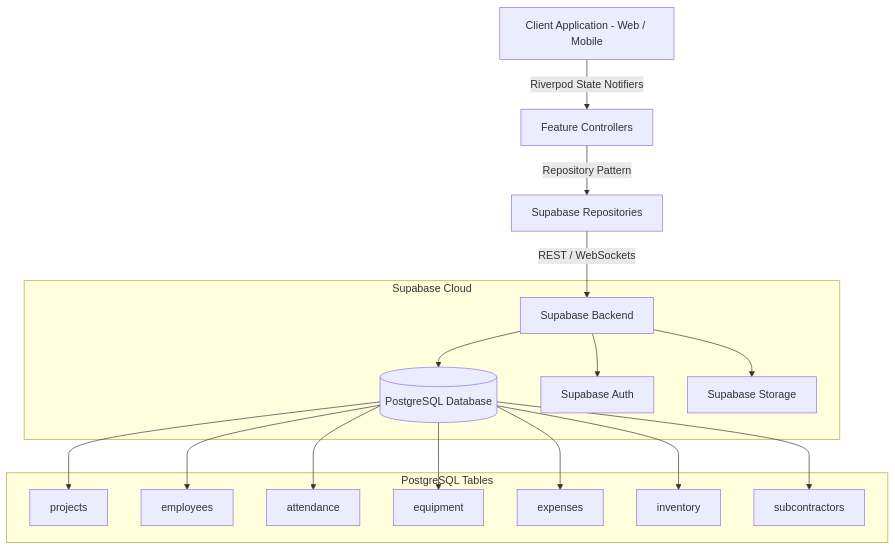
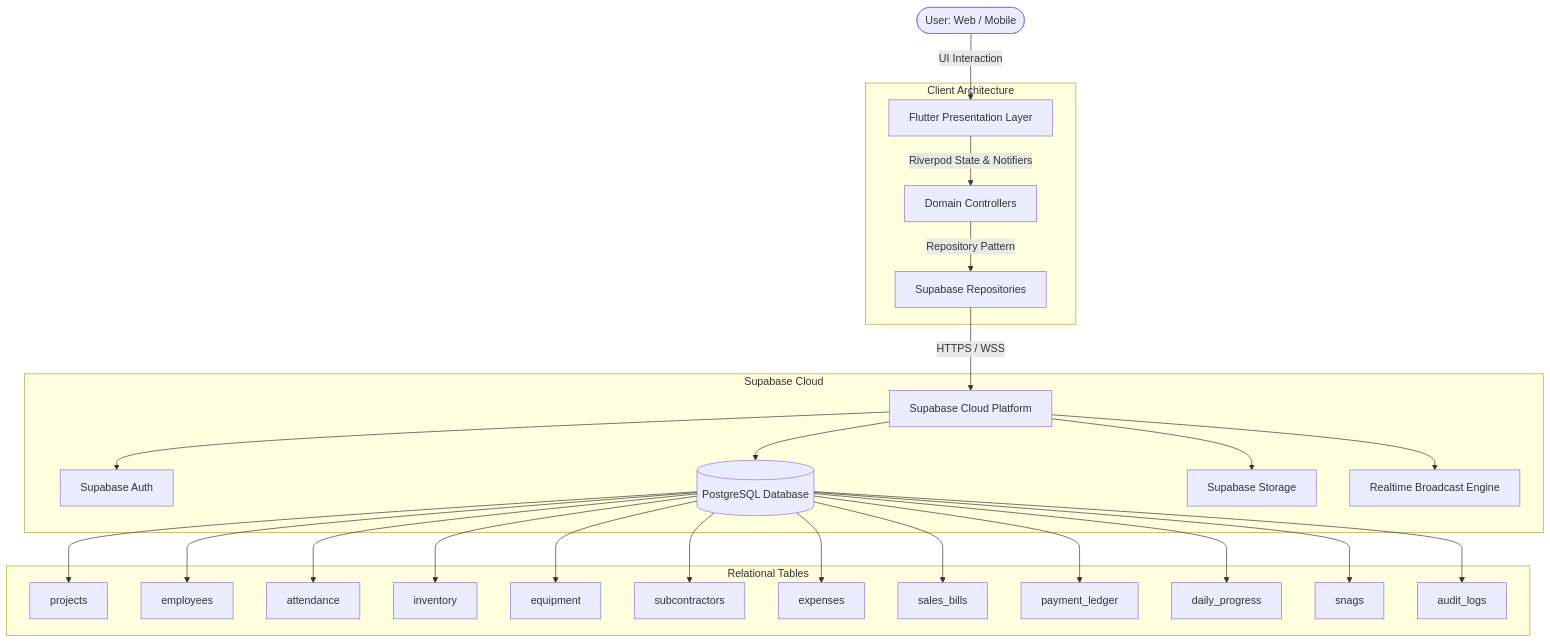
The diagram in README.md (najibcode/ibuild), drawn with Mermaid before and after one commit. The commit also changed other lines of this file and 17 other files, not shown here.

````diff
--- a/README.md
+++ b/README.md
@@ -112,22 +153,36 @@
 ```mermaid
 graph TD
-    A[Client Application - Web / Mobile] -->|Riverpod State Notifiers| B[Feature Controllers]
-    B -->|Repository Pattern| C[Supabase Repositories]
-    C -->|REST / WebSockets| D[Supabase Backend]
+    User([User: Web / Mobile]) -->|UI Interaction| Views[Flutter Presentation Layer]
+    Views -->|Riverpod State & Notifiers| Controllers[Domain Controllers]
+    Controllers -->|Repository Pattern| Repositories[Supabase Repositories]
     
+    subgraph Client Architecture
+        Views
+        Controllers
+        Repositories
+    end
+
+    Repositories -->|HTTPS / WSS| Backend[Supabase Cloud Platform]
+
     subgraph Supabase Cloud
-        D --> E[(PostgreSQL Database)]
-        D --> F[Supabase Auth]
-        D --> G[Supabase Storage]
+        Backend --> Auth[Supabase Auth]
+        Backend --> DB[(PostgreSQL Database)]
+        Backend --> Storage[Supabase Storage]
+        Backend --> Realtime[Realtime Broadcast Engine]
     end
-    
-    subgraph PostgreSQL Tables
-        E --> H[projects]
-        E --> I[employees]
-        E --> J[attendance]
-        E --> K[equipment]
-        E --> L[expenses]
-        E --> M[inventory]
-        E --> N[subcontractors]
+
+    subgraph Relational Tables
+        DB --> T1[projects]
+        DB --> T2[employees]
+        DB --> T3[attendance]
+        DB --> T4[inventory]
+        DB --> T5[equipment]
+        DB --> T6[subcontractors]
+        DB --> T7[expenses]
+        DB --> T8[sales_bills]
+        DB --> T9[payment_ledger]
+        DB --> T10[daily_progress]
+        DB --> T11[snags]
+        DB --> T12[audit_logs]
     end
 ```
````
